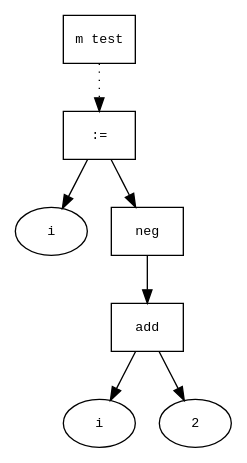
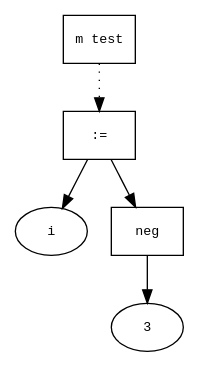
Before and after one commit to amoretspero/snuplc: the diagram in test01.mod.ast.dot, drawn with Graphviz. The commit also changed 26 other files, not shown here.

```diff
--- a/test01.mod.ast.dot
+++ b/test01.mod.ast.dot
@@ -1,19 +1,15 @@
 digraph AST {
   graph [fontname="Times New Roman",fontsize=10];
   node  [fontname="Courier New",fontsize=10];
   edge  [fontname="Times New Roman",fontsize=10];
 
   node0 [label="m test",shape=box];
-  node9 [label=":=",shape=box];
+  node7 [label=":=",shape=box];
   node4 [label="i",shape=ellipse];
-  node9->node4;
-  node8 [label="neg",shape=box];
-  node7 [label="add",shape=box];
-  node5 [label="i",shape=ellipse];
-  node7->node5;
-  node6 [label="2",shape=ellipse];
+  node7->node4;
+  node6 [label="neg",shape=box];
+  node5 [label="3",shape=ellipse];
+  node6->node5;
   node7->node6;
-  node8->node7;
-  node9->node8;
-  node0 -> node9 [style=dotted];
+  node0 -> node7 [style=dotted];
 }
```
